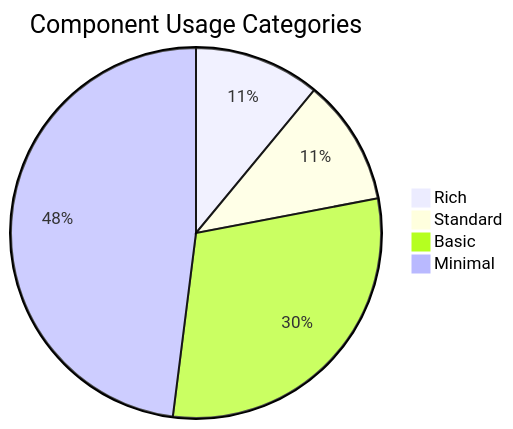
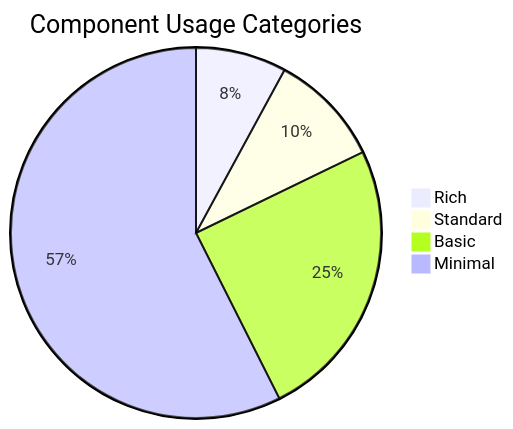
One commit to star4beam/react-package-analyzer changed the first of 2 diagrams in test-project-import-analysis/components.md. Above: the diagram before and after it, drawn with Mermaid. The commit also changed other lines of this file and 46 other files, not shown here.

````diff
--- a/test-project-import-analysis/components.md
+++ b/test-project-import-analysis/components.md
@@ -76,7 +76,7 @@
 ```mermaid
 pie title Component Usage Categories
-    "Rich" : 11
-    "Standard" : 11
-    "Basic" : 30
-    "Minimal" : 48
+    "Rich" : 8
+    "Standard" : 10
+    "Basic" : 25
+    "Minimal" : 58
 ```
````
